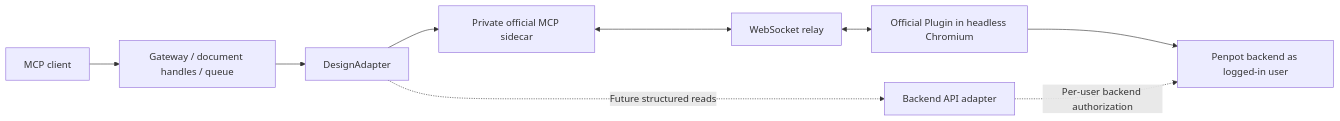
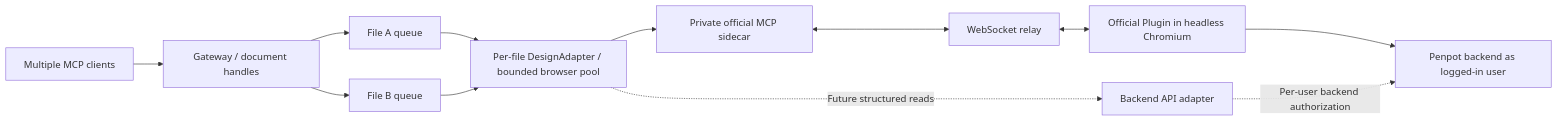
The diagram in docs/architecture.md (Ti-wb/penpot-better-mcp), drawn with Mermaid before and after one commit. The commit also changed other lines of this file and 28 other files, not shown here.

Commit message:
feat: run file workers in parallel with bounded browser residency

````diff
--- a/docs/architecture.md
+++ b/docs/architecture.md
@@ -3,11 +3,14 @@
 ```mermaid
 flowchart LR
-  C[MCP client] --> G[Gateway / document handles / queue]
-  G --> A[DesignAdapter]
+  C[Multiple MCP clients] --> G[Gateway / document handles]
+  G --> Q1[File A queue]
+  G --> Q2[File B queue]
+  Q1 --> A[Per-file DesignAdapter / bounded browser pool]
+  Q2 --> A
   A --> U[Private official MCP sidecar]
   U <--> R[WebSocket relay]
   R <--> P[Official Plugin in headless Chromium]
   P --> B[Penpot backend as logged-in user]
   A -. Future structured reads .-> D[Backend API adapter]
   D -. Per-user backend authorization .-> B
 ```
````
